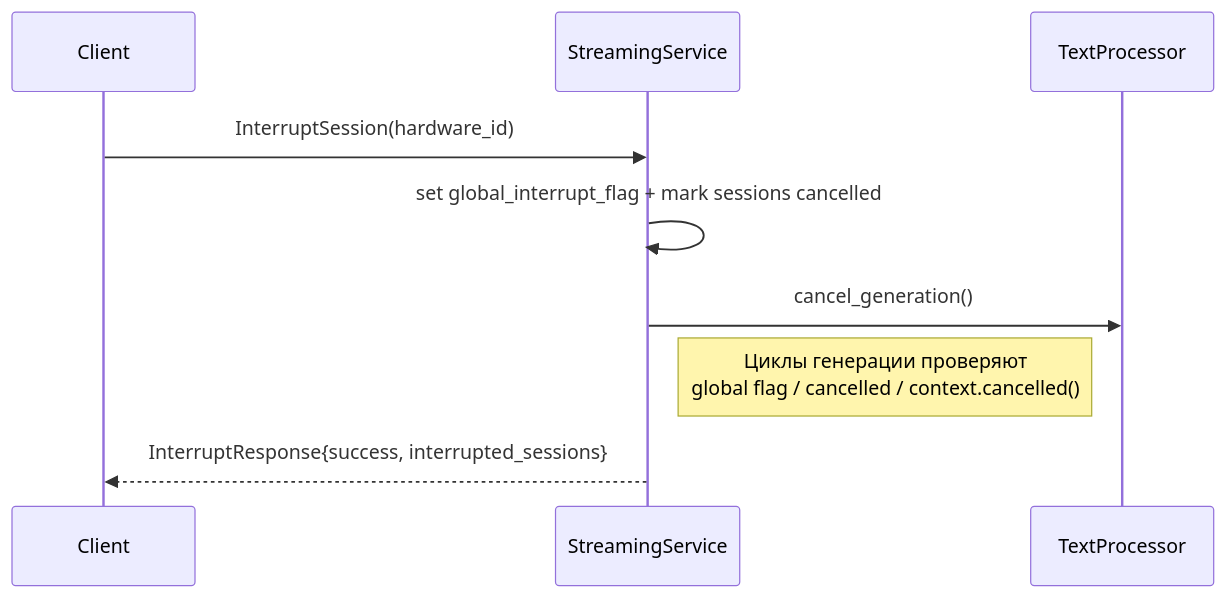
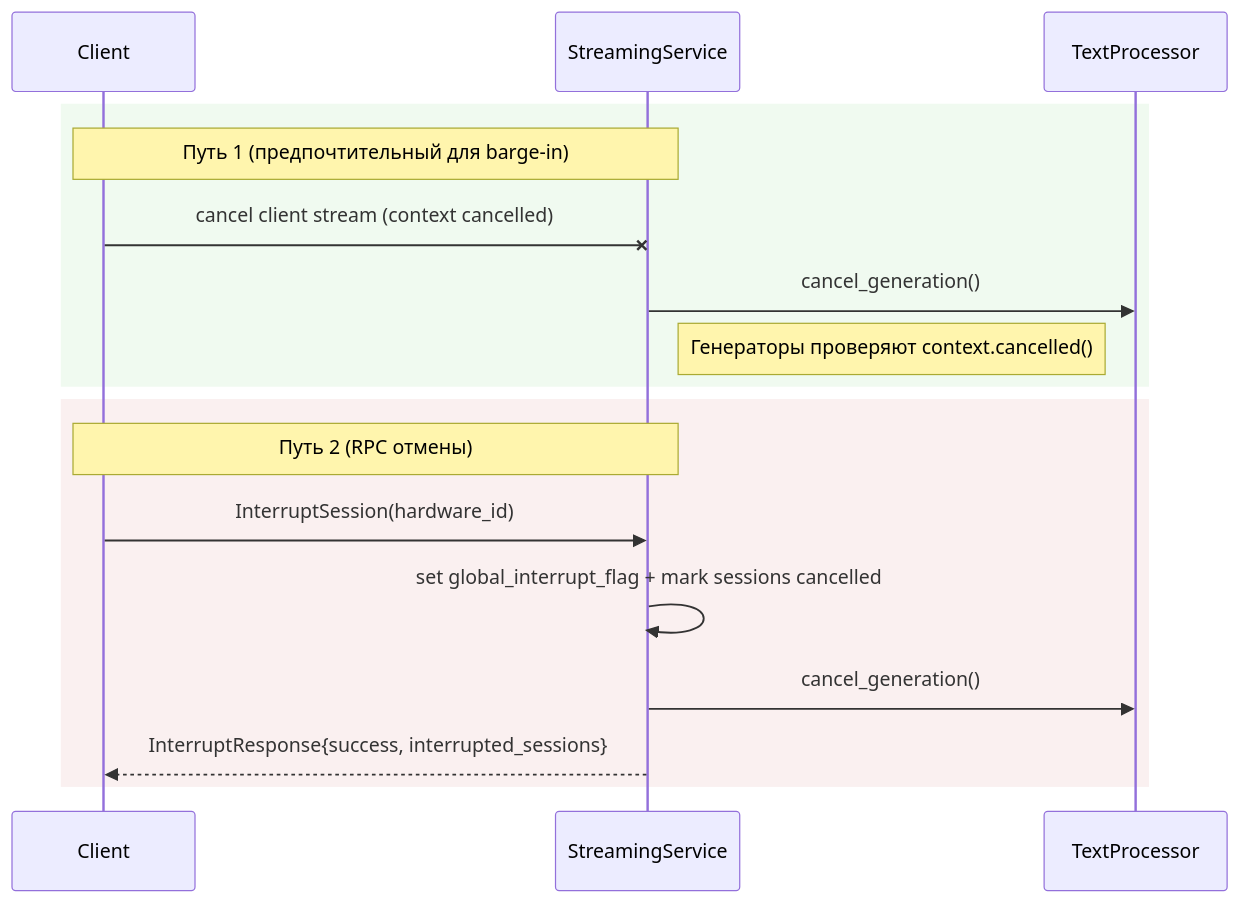
One commit to Seregawpn/nexy_new changed the second of 3 diagrams in server/Docs/ARCHITECTURE_OVERVIEW.md. Above: the diagram before and after it, drawn with Mermaid. The commit also changed other lines of this file and 3 other files, not shown here.

````diff
--- a/server/Docs/ARCHITECTURE_OVERVIEW.md
+++ b/server/Docs/ARCHITECTURE_OVERVIEW.md
@@ -198,12 +208,21 @@
 ```mermaid
 sequenceDiagram
     participant Client
     participant GRPC as StreamingService
     participant TP as TextProcessor
 
+    rect rgb(240,250,240)
+    note over Client,GRPC: Путь 1 (предпочтительный для barge‑in)
+    Client-xGRPC: cancel client stream (context cancelled)
+    GRPC->>TP: cancel_generation()
+    note right of GRPC: Генераторы проверяют context.cancelled()
+    end
+
+    rect rgb(250,240,240)
+    note over Client,GRPC: Путь 2 (RPC отмены)
     Client->>GRPC: InterruptSession(hardware_id)
     GRPC->>GRPC: set global_interrupt_flag + mark sessions cancelled
     GRPC->>TP: cancel_generation()
-    note right of GRPC: Циклы генерации проверяют<br/>global flag / cancelled / context.cancelled()
     GRPC-->>Client: InterruptResponse{success, interrupted_sessions}
+    end
 ```
````
